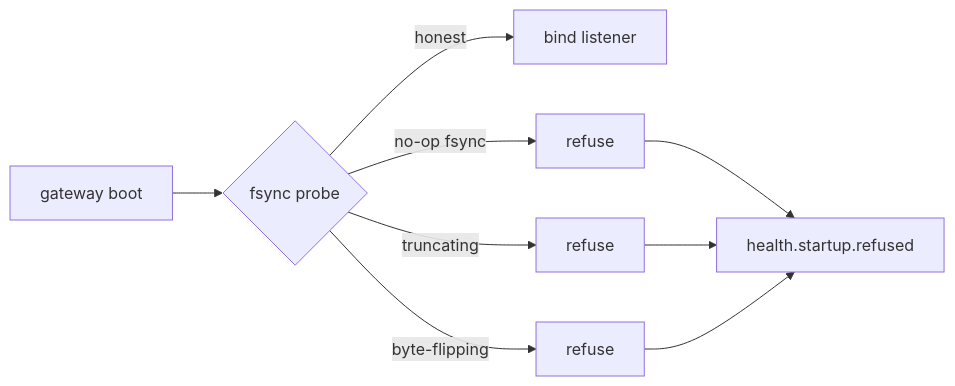
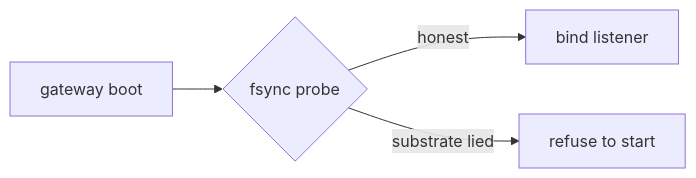
One commit to andrealaforgia/kaleidoscope-site changed the second of 2 diagrams in src/content/docs/operating/durability.md. Above: the diagram before and after it, drawn with Mermaid. The commit also changed other lines of this file and 15 other files, not shown here.

````diff
--- a/src/content/docs/operating/durability.md
+++ b/src/content/docs/operating/durability.md
@@ -62,9 +51,6 @@
 ```mermaid
 flowchart LR
     Boot[gateway boot] --> P{fsync probe}
     P -->|honest| Bind[bind listener]
-    P -->|no-op fsync| R1[refuse]
-    P -->|truncating| R2[refuse]
-    P -->|byte-flipping| R3[refuse]
-    R1 & R2 & R3 --> Refuse[health.startup.refused]
+    P -->|substrate lied| Refuse[refuse to start]
 ```
````
